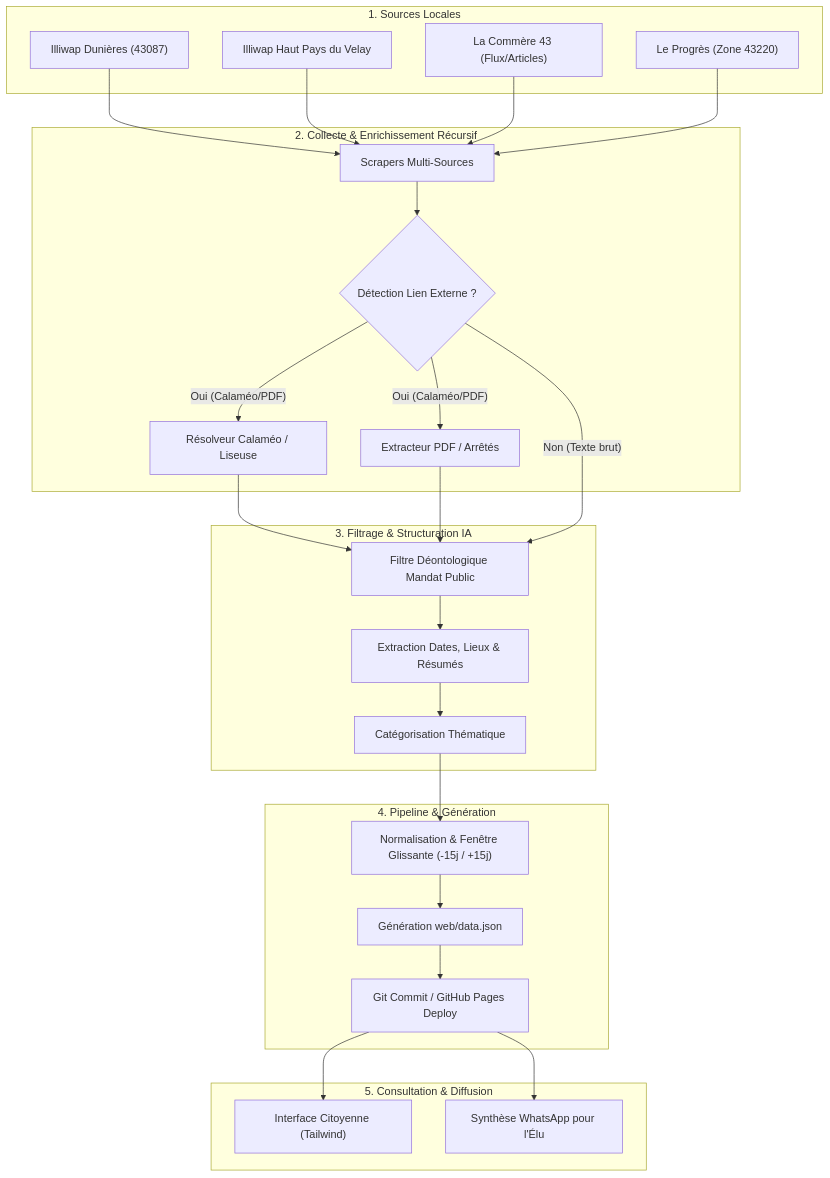
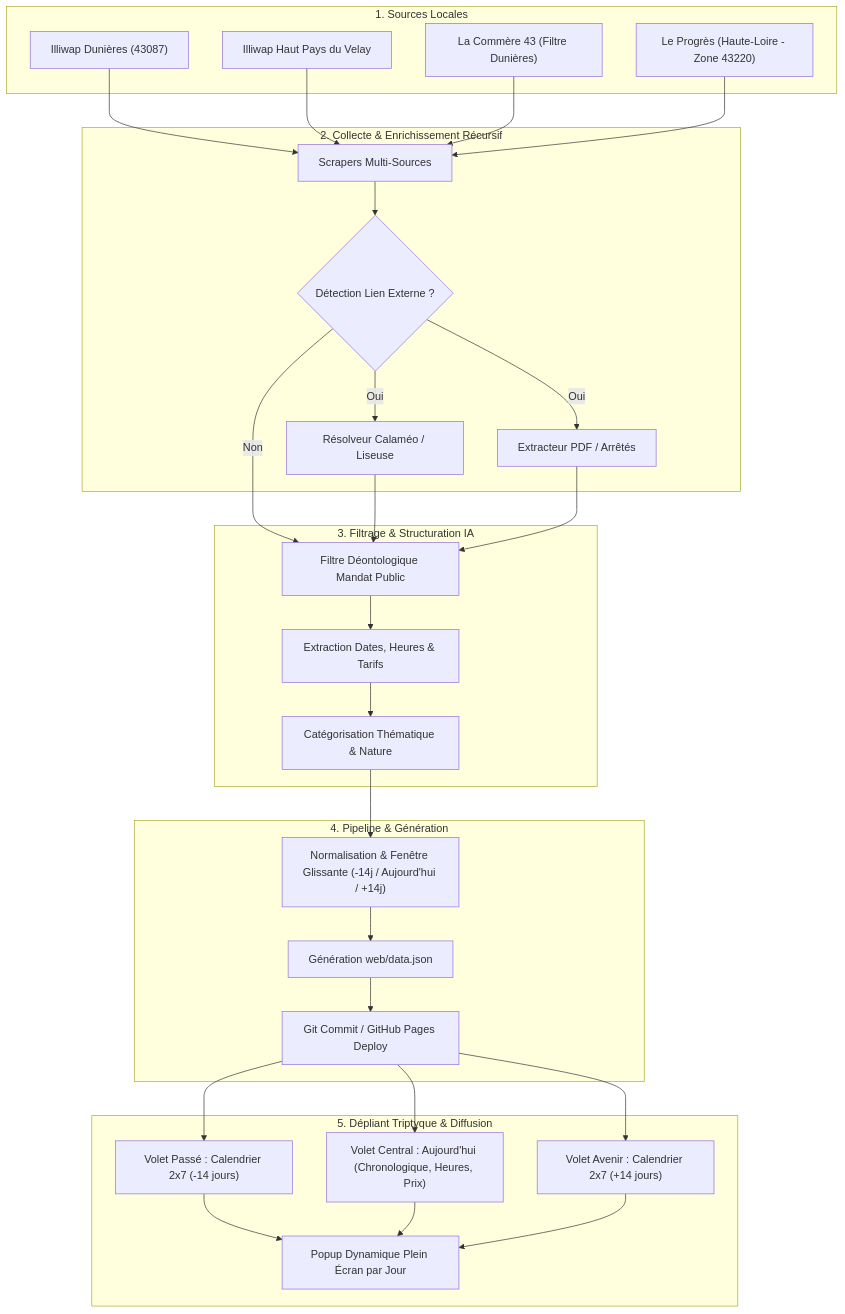
Before and after one commit to mjacquiot/Calendrier-Citoyen: the diagram in ARCHITECTURE.md, drawn with Mermaid. The commit also changed other lines of this file and 4 other files, not shown here.

Commit message:
feat(ui): epuration minimaliste, grille 2x7 ultra-lisible, tri chronologique aujourd'hui et mise a jour doc

````diff
--- a/ARCHITECTURE.md
+++ b/ARCHITECTURE.md
@@ -17,47 +17,57 @@
 ```mermaid
 flowchart TD
     subgraph Sources["1. Sources Locales"]
         S1["Illiwap Dunières (43087)"]
         S2["Illiwap Haut Pays du Velay"]
-        S3["La Commère 43 (Flux/Articles)"]
-        S4["Le Progrès (Zone 43220)"]
+        S3["La Commère 43 (Filtre Dunières)"]
+        S4["Le Progrès (Haute-Loire - Zone 43220)"]
     end
 
     subgraph Scrapers["2. Collecte & Enrichissement Récursif"]
         C1["Scrapers Multi-Sources"]
         C2{"Détection Lien Externe ?"}
         C3["Résolveur Calaméo / Liseuse"]
         C4["Extracteur PDF / Arrêtés"]
     end
 
     subgraph AI["3. Filtrage & Structuration IA"]
         AI1["Filtre Déontologique Mandat Public"]
-        AI2["Extraction Dates, Lieux & Résumés"]
-        AI3["Catégorisation Thématique"]
+        AI2["Extraction Dates, Heures & Tarifs"]
+        AI3["Catégorisation Thématique & Nature"]
     end
 
     subgraph Build["4. Pipeline & Génération"]
-        P1["Normalisation & Fenêtre Glissante (-15j / +15j)"]
+        P1["Normalisation & Fenêtre Glissante (-14j / Aujourd'hui / +14j)"]
         P2["Génération web/data.json"]
         P3["Git Commit / GitHub Pages Deploy"]
     end
 
-    subgraph Delivery["5. Consultation & Diffusion"]
-        W1["Interface Citoyenne (Tailwind)"]
-        W2["Synthèse WhatsApp pour l'Élu"]
+    subgraph Delivery["5. Dépliant Triptyque & Diffusion"]
+        W1["Volet Passé : Calendrier 2x7 (-14 jours)"]
+        W2["Volet Central : Aujourd'hui (Chronologique, Heures, Prix)"]
+        W3["Volet Avenir : Calendrier 2x7 (+14 jours)"]
+        W4["Popup Dynamique Plein Écran par Jour"]
     end
 
     S1 --> C1
     S2 --> C1
     S3 --> C1
     S4 --> C1
-
     C1 --> C2
-    C2 -- Oui (Calaméo/PDF) --> C3 & C4 --> AI1
-    C2 -- Non (Texte brut) --> AI1
-
-    AI1 --> AI2 --> AI3
-    AI3 --> P1 --> P2 --> P3
+    C2 -- Oui --> C3
+    C2 -- Oui --> C4
+    C2 -- Non --> AI1
+    C3 --> AI1
+    C4 --> AI1
+    AI1 --> AI2
+    AI2 --> AI3
+    AI3 --> P1
+    P1 --> P2
+    P2 --> P3
     P3 --> W1
     P3 --> W2
+    P3 --> W3
+    W1 --> W4
+    W2 --> W4
+    W3 --> W4
 ```
````
